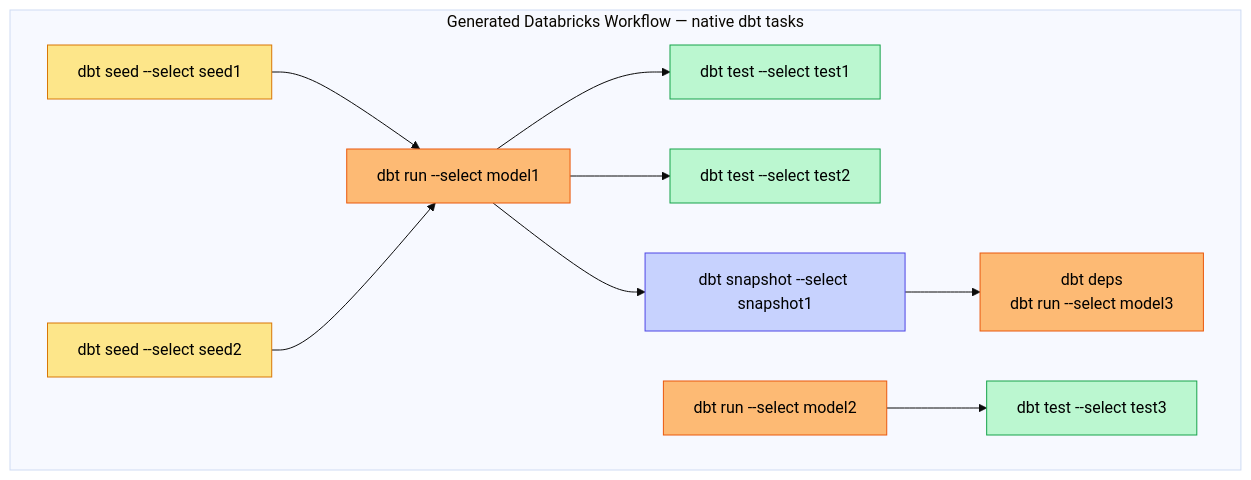
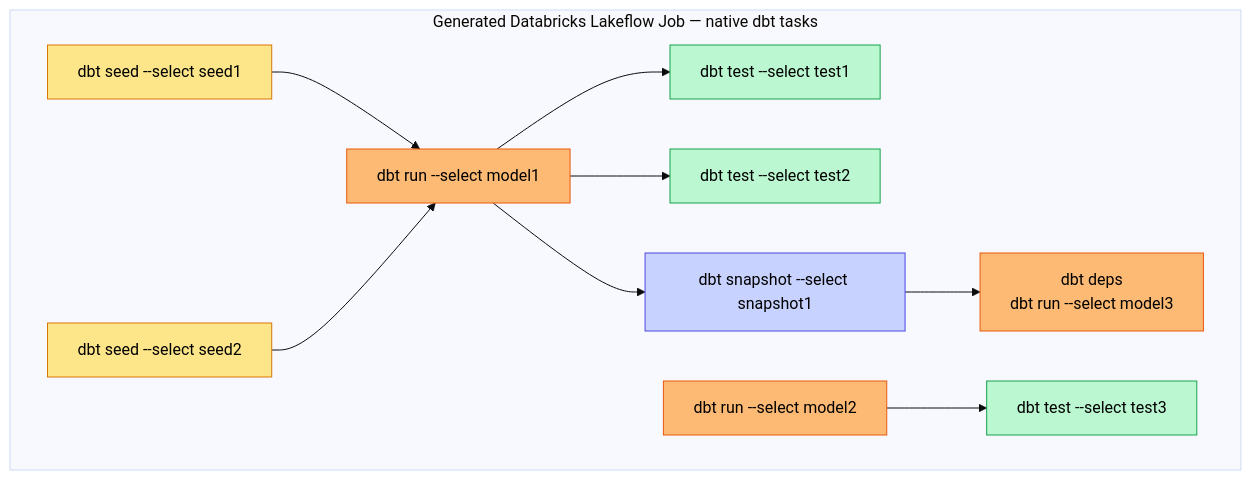
One commit to mwojtyczka/databricks-dbt-factory changed the third of 4 diagrams in README.md. Above: the diagram before and after it, drawn with Mermaid (base theme). The commit also changed other lines of this file and 4 other files, not shown here.

````diff
--- a/README.md
+++ b/README.md
@@ -96,23 +96,23 @@
 ```mermaid
 flowchart LR
-    subgraph workflow["Generated Databricks Workflow — native dbt tasks"]
+    subgraph workflow["Generated Databricks Lakeflow Job — native dbt tasks"]
         direction LR
         seed1["dbt seed --select seed1"] --> model1["dbt run --select model1"]
         seed2["dbt seed --select seed2"] --> model1
         model1 --> test1["dbt test --select test1"]
         model1 --> test2["dbt test --select test2"]
         model1 --> snap1["dbt snapshot --select snapshot1"]
         snap1 --> model3["dbt deps<br/>dbt run --select model3"]
         model2["dbt run --select model2"] --> test3["dbt test --select test3"]
     end
 
     classDef seed fill:#fde68a,stroke:#d97706,color:#000
     classDef model fill:#fdba74,stroke:#ea580c,color:#000
     classDef test fill:#bbf7d0,stroke:#16a34a,color:#000
     classDef snapshot fill:#c7d2fe,stroke:#4f46e5,color:#000
 
     class seed1,seed2 seed
     class model1,model2,model3 model
     class test1,test2,test3 test
     class snap1 snapshot
 ```
````
